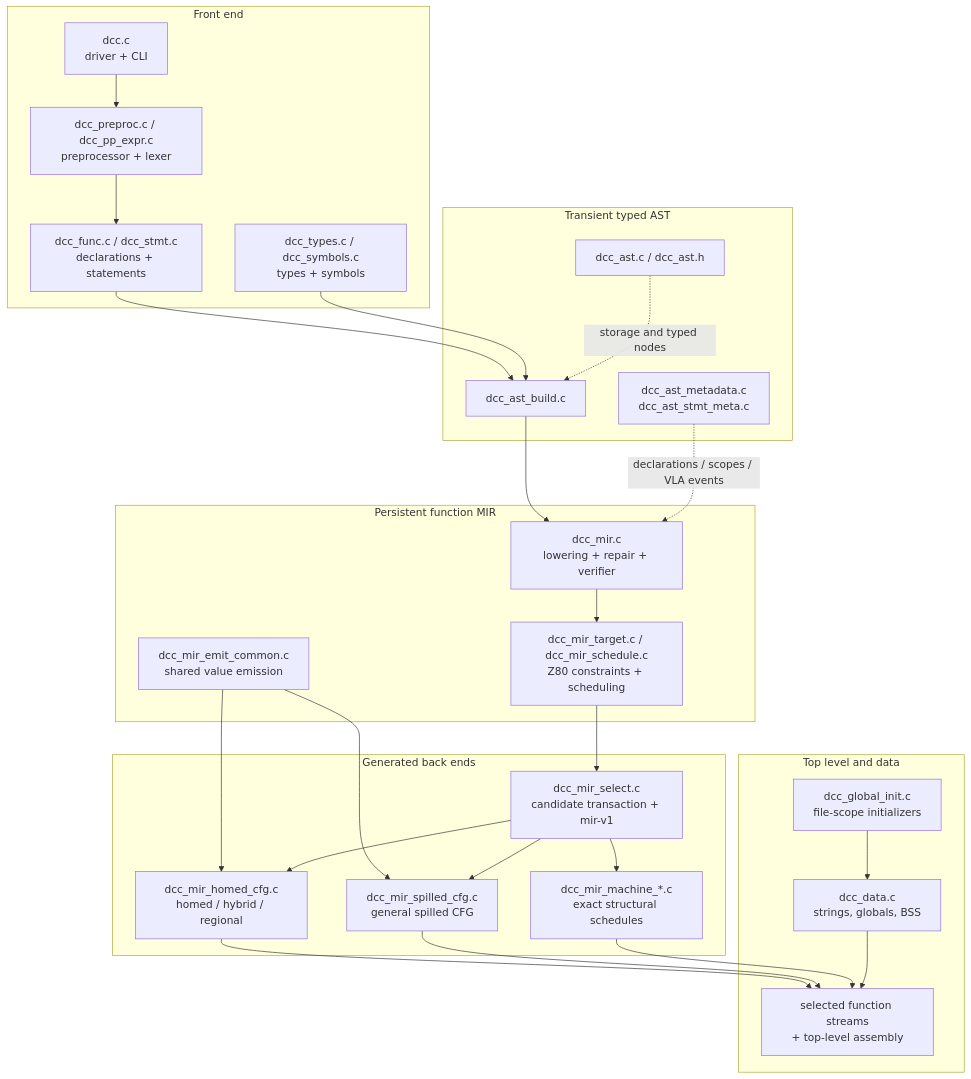
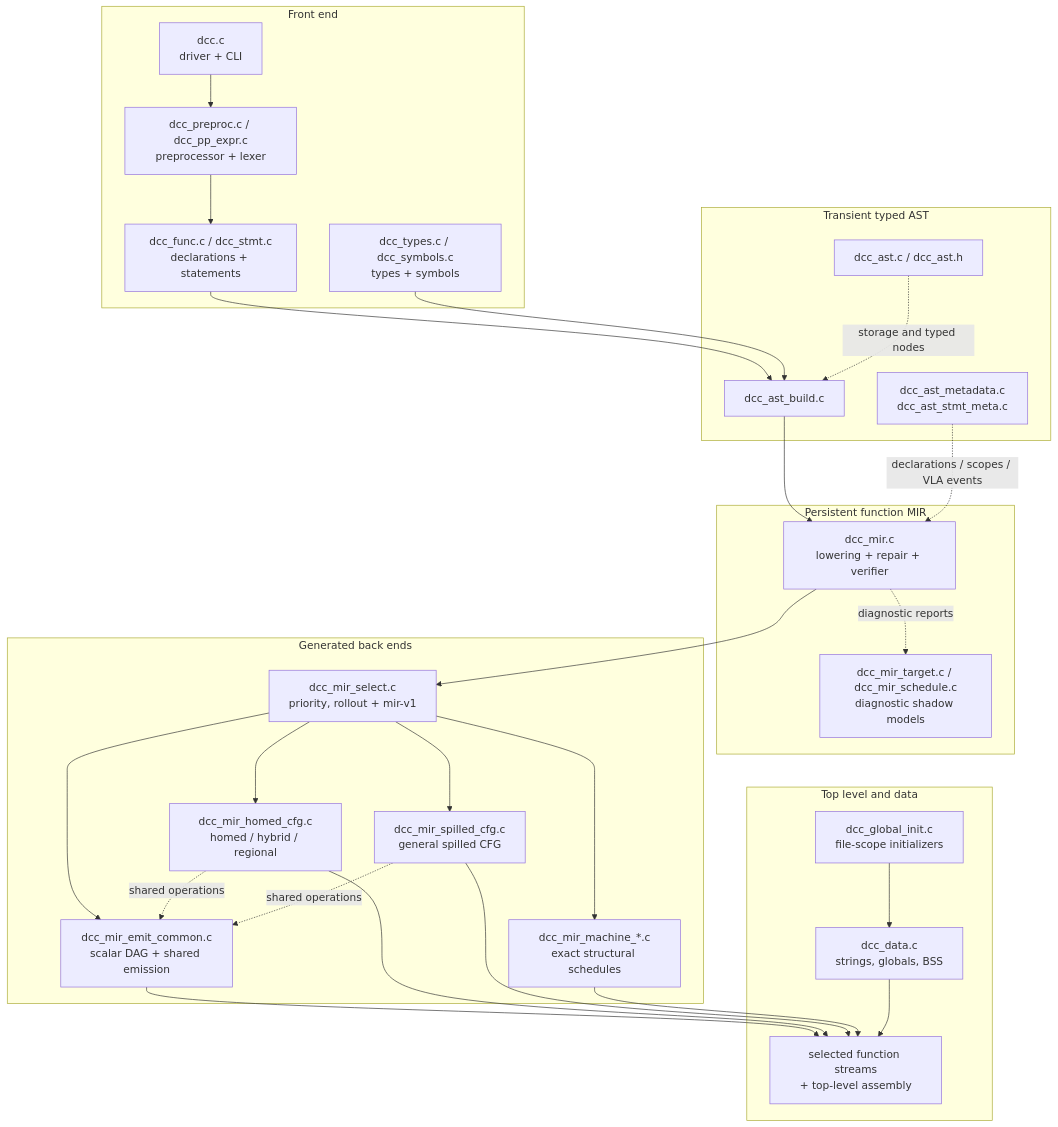
Before and after one commit to davidly/dcc: the third of 5 diagrams in docs/docs/en/appendix/00-architecture.md, drawn with Mermaid. The commit also changed other lines of this file, not shown here.

Commit message:
Align MIR architecture docs with selection flow

````diff
--- a/docs/docs/en/appendix/00-architecture.md
+++ b/docs/docs/en/appendix/00-architecture.md
@@ -237,49 +250,52 @@
 ```mermaid
 graph TB
     subgraph FE["Front end"]
       DRIVER["dcc.c<br/>driver + CLI"]
       PP["dcc_preproc.c / dcc_pp_expr.c<br/>preprocessor + lexer"]
       PARSER["dcc_func.c / dcc_stmt.c<br/>declarations + statements"]
       SEM["dcc_types.c / dcc_symbols.c<br/>types + symbols"]
     end
 
     subgraph AST["Transient typed AST"]
       BUILD["dcc_ast_build.c"]
       NODES["dcc_ast.c / dcc_ast.h"]
       META["dcc_ast_metadata.c<br/>dcc_ast_stmt_meta.c"]
     end
 
     subgraph MIR["Persistent function MIR"]
       CORE["dcc_mir.c<br/>lowering + repair + verifier"]
-      COMMON["dcc_mir_emit_common.c<br/>shared value emission"]
-      TARGET["dcc_mir_target.c / dcc_mir_schedule.c<br/>Z80 constraints + scheduling"]
+      SHADOW["dcc_mir_target.c / dcc_mir_schedule.c<br/>diagnostic shadow models"]
     end
 
     subgraph BACK["Generated back ends"]
-      SELECT["dcc_mir_select.c<br/>candidate transaction + mir-v1"]
+      SELECT["dcc_mir_select.c<br/>priority, rollout + mir-v1"]
+      COMMON["dcc_mir_emit_common.c<br/>scalar DAG + shared emission"]
       HOMED["dcc_mir_homed_cfg.c<br/>homed / hybrid / regional"]
       SPILLED["dcc_mir_spilled_cfg.c<br/>general spilled CFG"]
       MACHINE["dcc_mir_machine_*.c<br/>exact structural schedules"]
     end
 
     subgraph OUT["Top level and data"]
       INIT["dcc_global_init.c<br/>file-scope initializers"]
       DATA["dcc_data.c<br/>strings, globals, BSS"]
       ASM["selected function streams<br/>+ top-level assembly"]
     end
 
     DRIVER --> PP --> PARSER --> BUILD --> CORE
     SEM --> BUILD
     NODES -.storage and typed nodes.-> BUILD
     META -.declarations / scopes / VLA events.-> CORE
-    CORE --> TARGET --> SELECT
-    COMMON --> HOMED
-    COMMON --> SPILLED
+    CORE --> SELECT
+    CORE -. diagnostic reports .-> SHADOW
+    SELECT --> COMMON
     SELECT --> HOMED
     SELECT --> SPILLED
     SELECT --> MACHINE
+    HOMED -. shared operations .-> COMMON
+    SPILLED -. shared operations .-> COMMON
+    COMMON --> ASM
     HOMED --> ASM
     SPILLED --> ASM
     MACHINE --> ASM
     INIT --> DATA --> ASM
 ```
````
